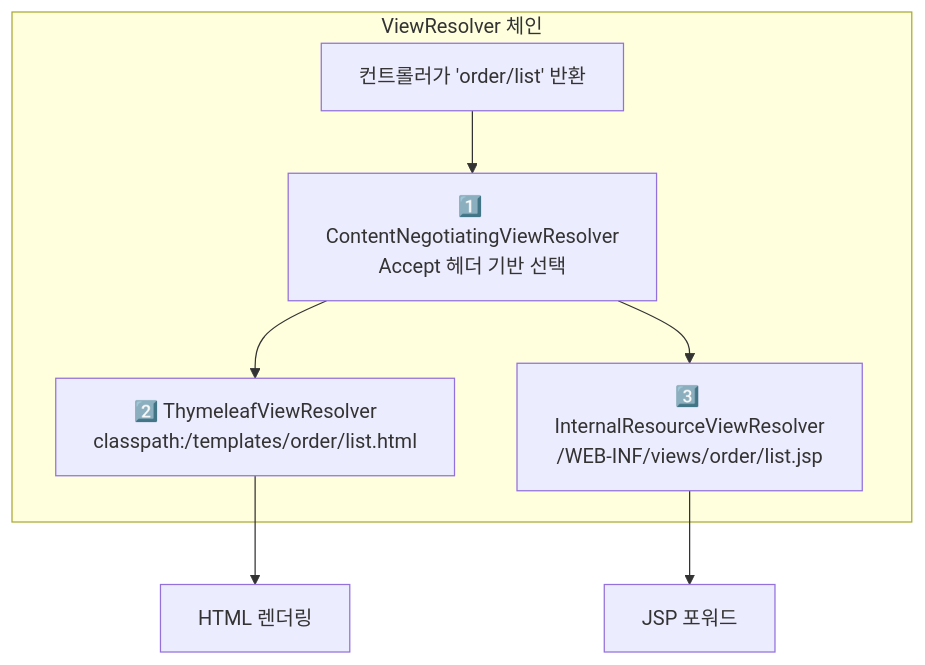
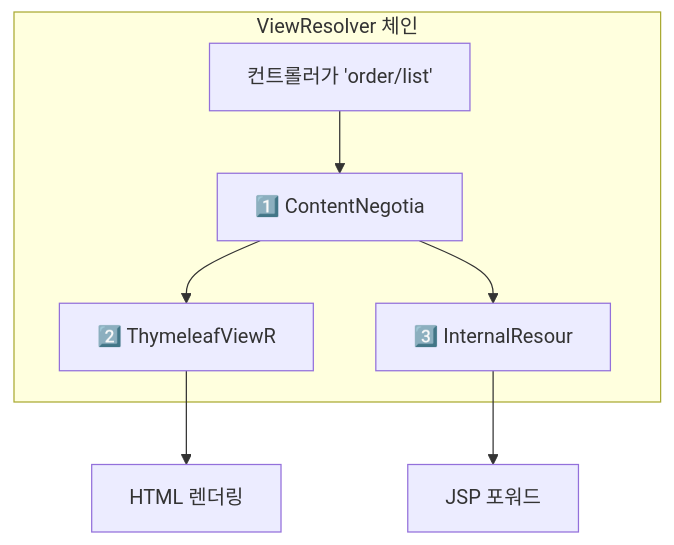
One commit to yjkim2015/yjkim2015.github.io changed the sixth of 14 diagrams in _posts/spring/2026-05-02-spring-mvc-deep.md. Above: the diagram before and after it, drawn with Mermaid. The commit also changed other lines of this file and 271 other files, not shown here.

First line of the commit message:
Mermaid 라벨 축소: 긴 노드 텍스트 18자 이하로 트림 + \n 제거

````diff
--- a/_posts/spring/2026-05-02-spring-mvc-deep.md
+++ b/_posts/spring/2026-05-02-spring-mvc-deep.md
@@ -382,10 +382,10 @@
 ```mermaid
 flowchart TD
     subgraph "ViewResolver 체인"
-        A["컨트롤러가 'order/list' 반환"] --> B["1️⃣ ContentNegotiatingViewResolver\nAccept 헤더 기반 선택"]
-        B --> C["2️⃣ ThymeleafViewResolver\nclasspath:/templates/order/list.html"]
-        B --> D["3️⃣ InternalResourceViewResolver\n/WEB-INF/views/order/list.jsp"]
+        A["컨트롤러가 'order/list'"] --> B["1️⃣ ContentNegotia"]
+        B --> C["2️⃣ ThymeleafViewR"]
+        B --> D["3️⃣ InternalResour"]
     end
     C --> E["HTML 렌더링"]
     D --> F["JSP 포워드"]
 ```
````
